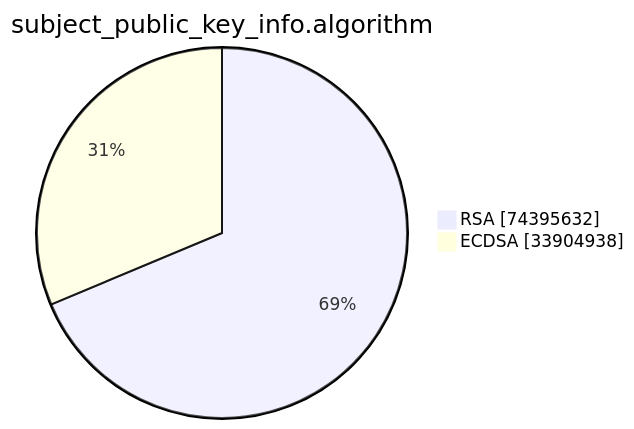
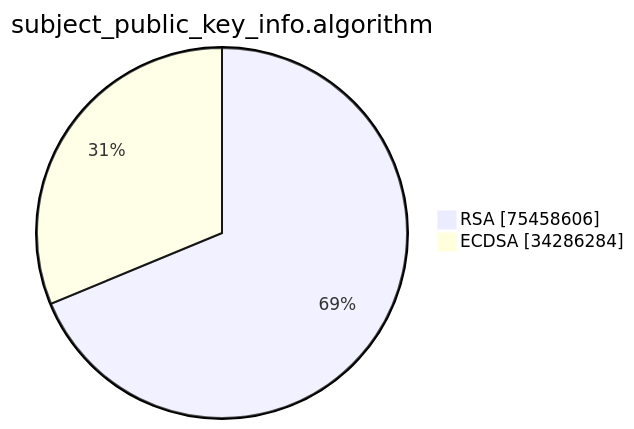
Before and after one commit to christiankrug/ctmonitor_visualization: the second of 15 diagrams in xenon2023/README.md, drawn with Mermaid. The commit also changed other lines of this file, not shown here.

````diff
--- a/xenon2023/README.md
+++ b/xenon2023/README.md
@@ -6,6 +6,6 @@
 ```mermaid
 pie showData
 title subject_public_key_info.algorithm
-"RSA" :74395632
-"ECDSA" :33904938
+"RSA" :75458606
+"ECDSA" :34286284
 ```
````
